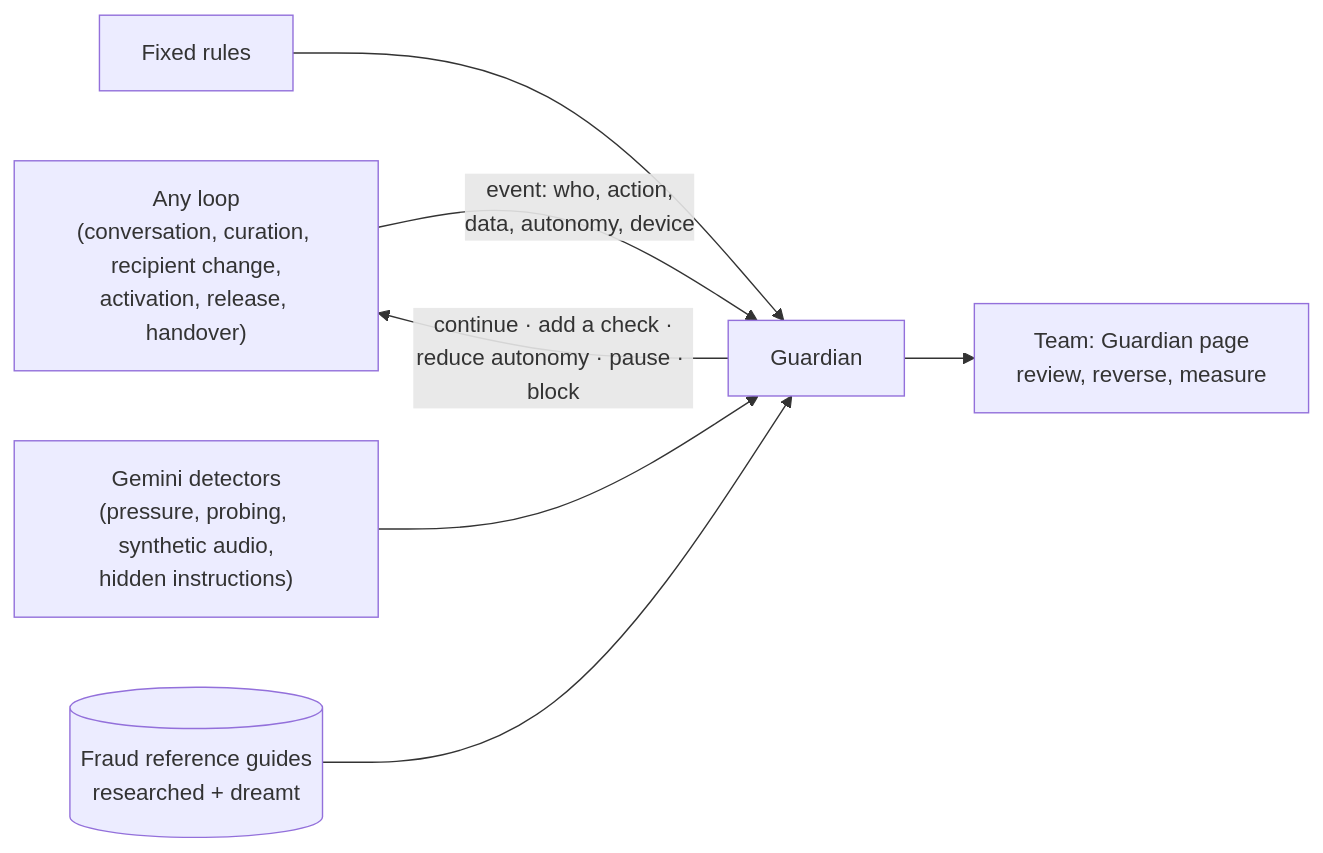
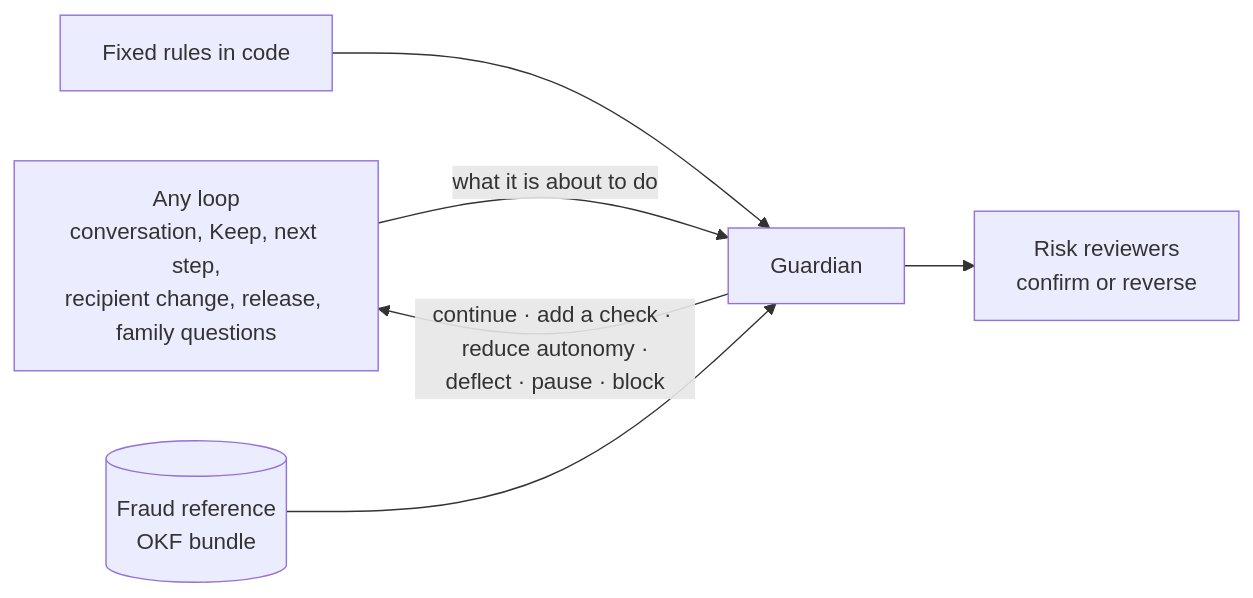
One commit to sachiachar/anvaya changed the second of 4 diagrams in docs/architecture.md. Above: the diagram before and after it, drawn with Mermaid. The commit also changed other lines of this file and 2 other files, not shown here.

First line of the commit message:
Rewrite the architecture as a short overview for judges

````diff
--- a/docs/architecture.md
+++ b/docs/architecture.md
@@ -193,9 +96,8 @@
 ```mermaid
 flowchart LR
-    loop["Any loop<br/>(conversation, curation, recipient change,<br/>activation, release, handover)"] -->|"event: who, action,<br/>data, autonomy, device"| guard["Guardian"]
-    rules["Fixed rules"] --> guard
-    gem["Gemini detectors<br/>(pressure, probing, synthetic audio,<br/>hidden instructions)"] --> guard
-    kb[("Fraud reference guides<br/>researched + dreamt")] --> guard
-    guard -->|"continue · add a check ·<br/>reduce autonomy · pause · block"| loop
-    guard --> team["Team: Guardian page<br/>review, reverse, measure"]
+    loop["Any loop<br/>conversation, Keep, next step,<br/>recipient change, release, family questions"] -->|"what it is about to do"| guard["Guardian"]
+    rules["Fixed rules in code"] --> guard
+    kb[("Fraud reference<br/>OKF bundle")] --> guard
+    guard -->|"continue · add a check · reduce autonomy ·<br/>deflect · pause · block"| loop
+    guard --> team["Risk reviewers<br/>confirm or reverse"]
 ```
````
